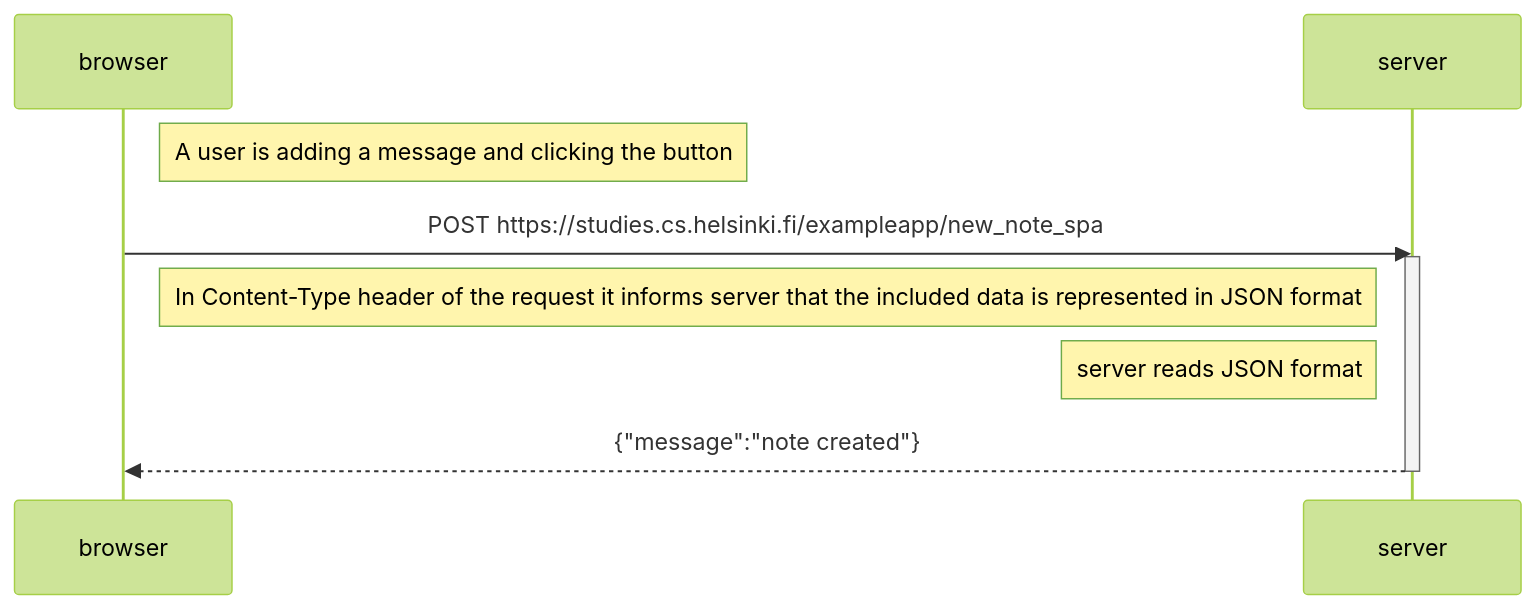
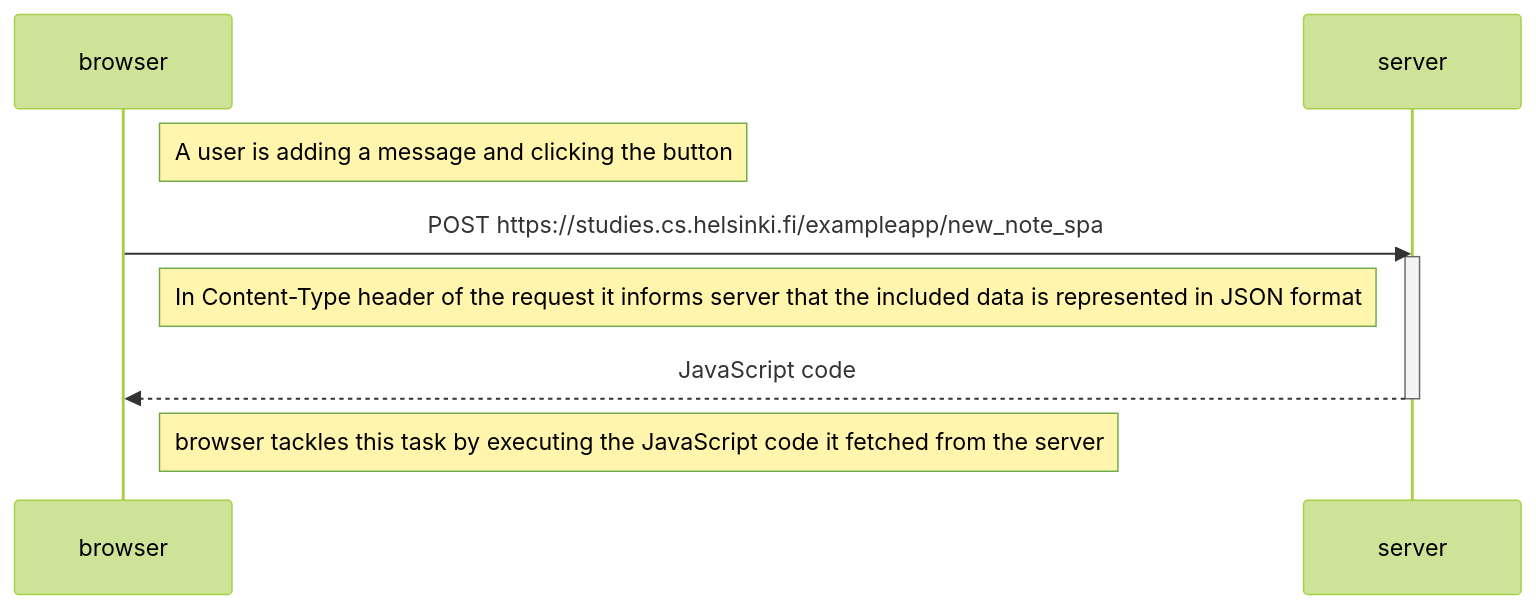
One commit to karolinakwasny/Full_Stack_open changed the diagram in part0/single_page_app_diagram.md. Above: the diagram before and after it, drawn with Mermaid (forest theme).

Commit message:
0.5 maybe better

````diff
--- a/part0/single_page_app_diagram.md
+++ b/part0/single_page_app_diagram.md
@@ -1,16 +1,17 @@
 ```mermaid
 sequenceDiagram
     participant browser
     participant server
 
     Note right of browser: A user is adding a message and clicking the button
 
     browser->>server: POST https://studies.cs.helsinki.fi/exampleapp/new_note_spa
     activate server
 
     Note right of browser: In Content-Type header of the request it informs server that the included data is represented in JSON format
-    Note left of server: server reads JSON format
 
-    server-->>browser: {"message":"note created"}
+    server-->>browser: JavaScript code
     deactivate server
+
+    Note right of browser: browser tackles this task by executing the JavaScript code it fetched from the server
 ```
````
